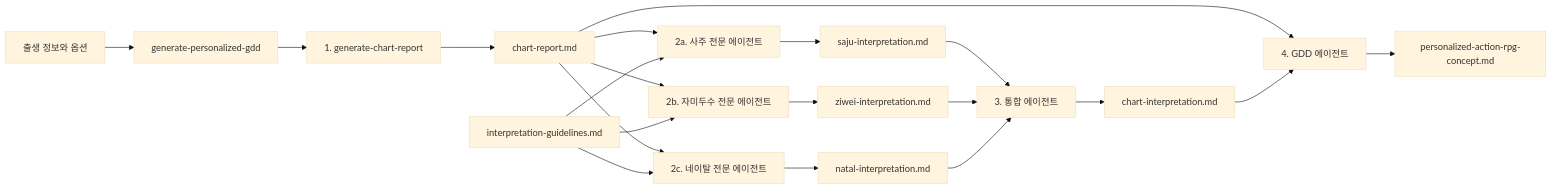
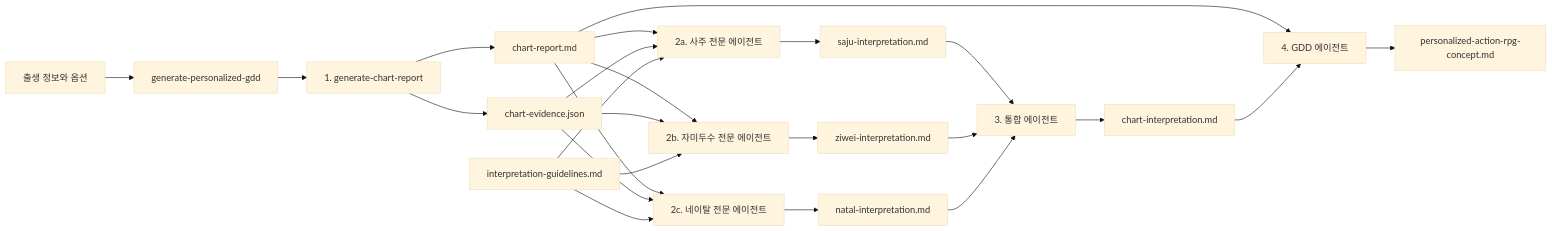
The diagram in docs/GDD/personalized-gdd-pipeline.md (arch-spatula/isekai-generator), drawn with Mermaid (base theme) before and after one commit. The commit also changed other lines of this file and 14 other files, not shown here.

````diff
--- a/docs/GDD/personalized-gdd-pipeline.md
+++ b/docs/GDD/personalized-gdd-pipeline.md
@@ -9,22 +9,26 @@
 ```mermaid
 flowchart LR
     U[출생 정보와 옵션] --> O[generate-personalized-gdd]
     O --> C[1. generate-chart-report]
     C --> R[chart-report.md]
+    C --> E[chart-evidence.json]
     R --> S[2a. 사주 전문 에이전트]
     R --> Z[2b. 자미두수 전문 에이전트]
     R --> N[2c. 네이탈 전문 에이전트]
+    E --> S
+    E --> Z
+    E --> N
     G[interpretation-guidelines.md] --> S
     G --> Z
     G --> N
     S --> SM[saju-interpretation.md]
     Z --> ZM[ziwei-interpretation.md]
     N --> NM[natal-interpretation.md]
     SM --> I[3. 통합 에이전트]
     ZM --> I
     NM --> I
     I --> X[chart-interpretation.md]
     R --> D[4. GDD 에이전트]
     X --> D
     D --> P[personalized-action-rpg-concept.md]
 ```
````
